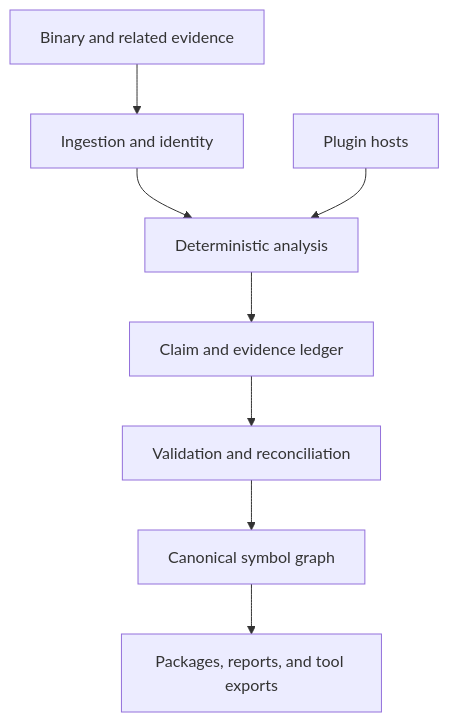
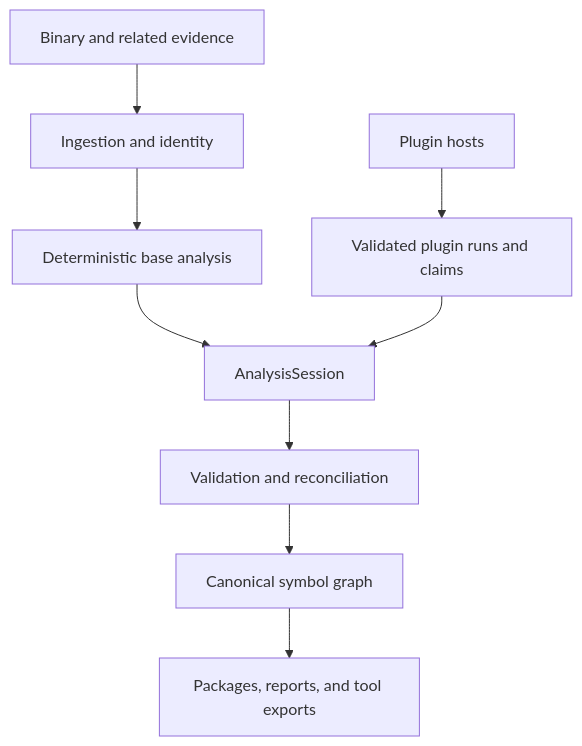
One commit to Krilliac/ReSymbol changed the diagram in docs/architecture.md. Above: the diagram before and after it, drawn with Mermaid. The commit also changed other lines of this file and 32 other files, not shown here.

````diff
--- a/docs/architecture.md
+++ b/docs/architecture.md
@@ -29,10 +30,11 @@
 ```mermaid
 flowchart TD
     B["Binary and related evidence"] --> I["Ingestion and identity"]
-    I --> A["Deterministic analysis"]
-    P["Plugin hosts"] --> A
-    A --> C["Claim and evidence ledger"]
-    C --> R["Validation and reconciliation"]
+    I --> A["Deterministic base analysis"]
+    A --> S["AnalysisSession"]
+    P["Plugin hosts"] --> C["Validated plugin runs and claims"]
+    C --> S
+    S --> R["Validation and reconciliation"]
     R --> G["Canonical symbol graph"]
     G --> X["Packages, reports, and tool exports"]
 ```
````
